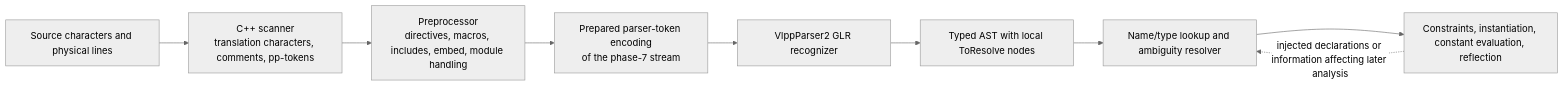
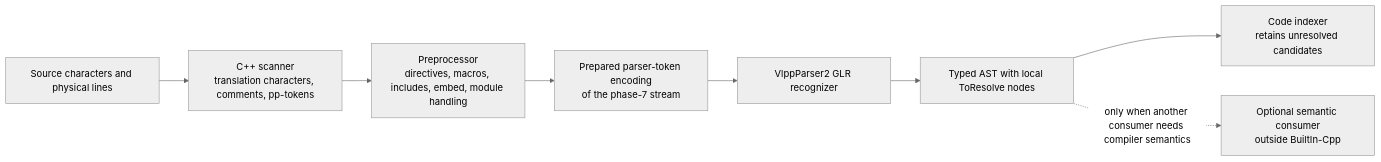
The diagram in doc/cpp/Cpp.md (vczh-libraries/VlppParser2), drawn with Mermaid (neutral theme) before and after one commit. The commit also changed other lines of this file and 9 other files, not shown here.

````diff
--- a/doc/cpp/Cpp.md
+++ b/doc/cpp/Cpp.md
@@ -35,14 +37,14 @@
 ```mermaid
 flowchart LR
     Source["Source characters and physical lines"]
     Scanner["C++ scanner<br/>translation characters, comments, pp-tokens"]
     PP["Preprocessor<br/>directives, macros, includes, embed, module handling"]
     Tokens["Prepared parser-token encoding<br/>of the phase-7 stream"]
     GLR["VlppParser2 GLR recognizer"]
     AST["Typed AST with local ToResolve nodes"]
-    Resolver["Name/type lookup and ambiguity resolver"]
-    Semantic["Constraints, instantiation, constant evaluation, reflection"]
+    Indexer["Code indexer<br/>retains unresolved candidates"]
+    Consumer["Optional semantic consumer<br/>outside BuiltIn-Cpp"]
 
-    Source --> Scanner --> PP --> Tokens --> GLR --> AST --> Resolver --> Semantic
-    Semantic -. "injected declarations or information affecting later analysis" .-> Resolver
+    Source --> Scanner --> PP --> Tokens --> GLR --> AST --> Indexer
+    AST -. "only when another consumer needs compiler semantics" .-> Consumer
 ```
````
